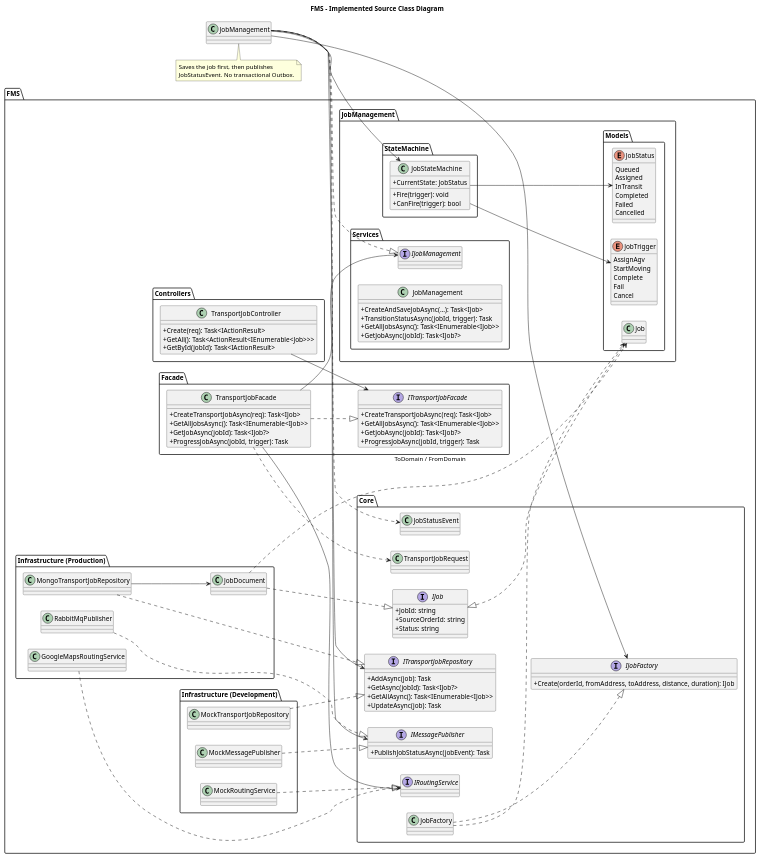
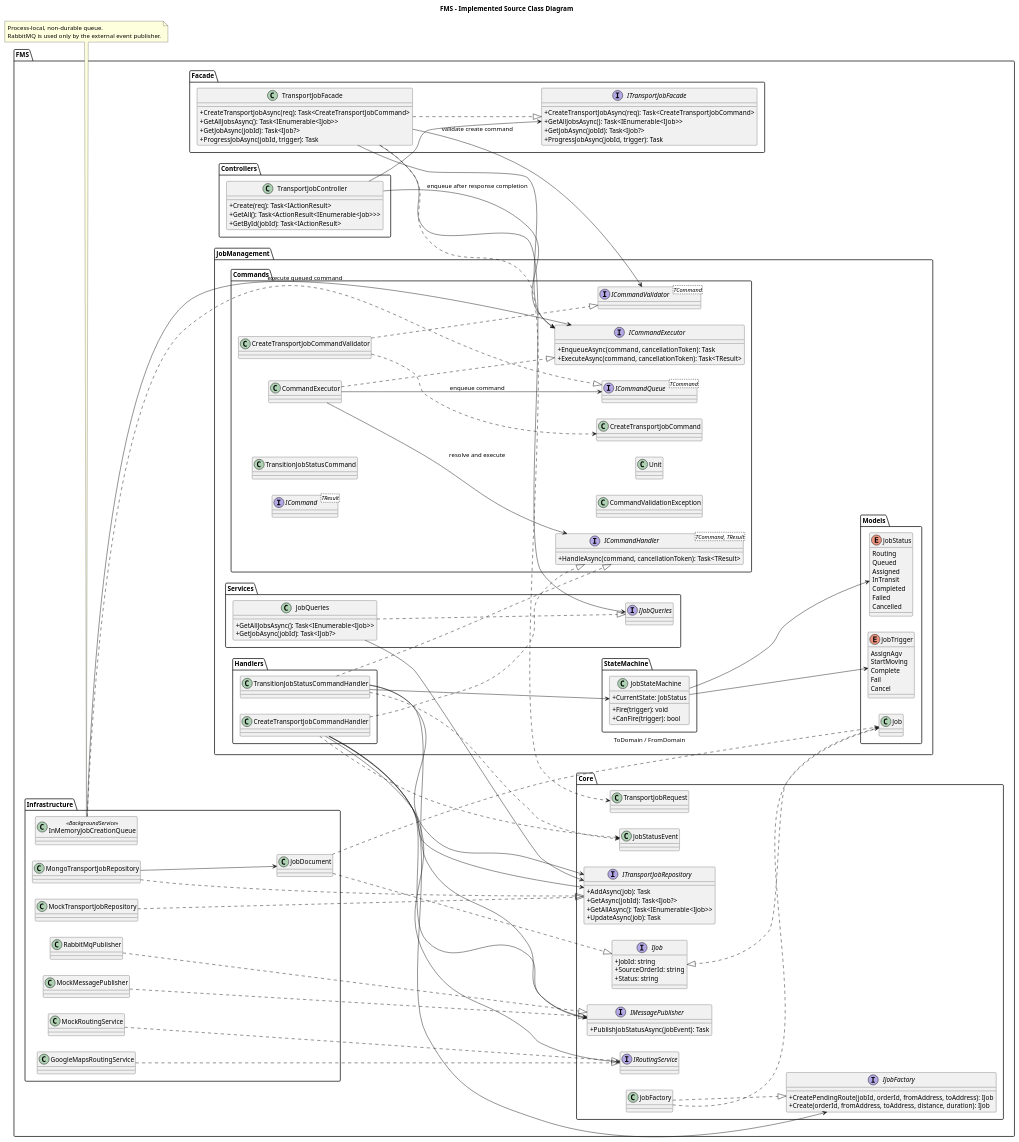
One commit to doradora58/FMS changed the diagram in docs/design/architecture/class-diagram.puml. Above: the diagram before and after it, drawn with PlantUML. The commit also changed 41 other files, not shown here.

```diff
--- a/docs/design/architecture/class-diagram.puml
+++ b/docs/design/architecture/class-diagram.puml
@@ -1,137 +1,175 @@
 @startuml FMS_Current_Class_Diagram
 title FMS - Implemented Source Class Diagram
 left to right direction
 skinparam classAttributeIconSize 0
 
 package "FMS.Controllers" {
   class TransportJobController {
     +Create(req): Task<IActionResult>
     +GetAll(): Task<ActionResult<IEnumerable<Job>>>
     +GetById(jobId): Task<IActionResult>
   }
 }
 
 package "FMS.Facade" {
   interface ITransportJobFacade {
-    +CreateTransportJobAsync(req): Task<IJob>
+    +CreateTransportJobAsync(req): Task<CreateTransportJobCommand>
     +GetAllJobsAsync(): Task<IEnumerable<IJob>>
     +GetJobAsync(jobId): Task<IJob?>
     +ProgressJobAsync(jobId, trigger): Task
   }
   class TransportJobFacade {
-    +CreateTransportJobAsync(req): Task<IJob>
+    +CreateTransportJobAsync(req): Task<CreateTransportJobCommand>
     +GetAllJobsAsync(): Task<IEnumerable<IJob>>
     +GetJobAsync(jobId): Task<IJob?>
     +ProgressJobAsync(jobId, trigger): Task
   }
 }
 
+package "FMS.JobManagement.Commands" {
+  interface ICommand<TResult>
+  interface ICommandHandler<TCommand, TResult> {
+    +HandleAsync(command, cancellationToken): Task<TResult>
+  }
+  interface ICommandExecutor {
+    +EnqueueAsync(command, cancellationToken): Task
+    +ExecuteAsync(command, cancellationToken): Task<TResult>
+  }
+  class CommandExecutor
+  class CreateTransportJobCommand
+  class TransitionJobStatusCommand
+  interface ICommandQueue<TCommand>
+  interface ICommandValidator<TCommand>
+  class CreateTransportJobCommandValidator
+  class CommandValidationException
+  class Unit
+}
+
+package "FMS.JobManagement.Handlers" {
+  class CreateTransportJobCommandHandler
+  class TransitionJobStatusCommandHandler
+}
+
 package "FMS.JobManagement.Services" {
-  interface IJobManagement
-  class JobManagement {
-    +CreateAndSaveJobAsync(...): Task<IJob>
-    +TransitionStatusAsync(jobId, trigger): Task
+  interface IJobQueries
+  class JobQueries {
     +GetAllJobsAsync(): Task<IEnumerable<IJob>>
     +GetJobAsync(jobId): Task<IJob?>
   }
 }
 
 package "FMS.JobManagement.StateMachine" {
   class JobStateMachine {
     +CurrentState: JobStatus
     +Fire(trigger): void
     +CanFire(trigger): bool
   }
 }
 
 package "FMS.JobManagement.Models" {
   class Job
   enum JobStatus {
+    Routing
     Queued
     Assigned
     InTransit
     Completed
     Failed
     Cancelled
   }
   enum JobTrigger {
     AssignAgv
     StartMoving
     Complete
     Fail
     Cancel
   }
 }
 
 package "FMS.Core" {
   interface IJob {
     +JobId: string
     +SourceOrderId: string
     +Status: string
   }
   interface ITransportJobRepository {
     +AddAsync(job): Task
     +GetAsync(jobId): Task<IJob?>
     +GetAllAsync(): Task<IEnumerable<IJob>>
     +UpdateAsync(job): Task
   }
   interface IMessagePublisher {
     +PublishJobStatusAsync(jobEvent): Task
   }
   interface IRoutingService
   interface IJobFactory {
+    +CreatePendingRoute(jobId, orderId, fromAddress, toAddress): IJob
     +Create(orderId, fromAddress, toAddress, distance, duration): IJob
   }
   class TransportJobRequest
   class JobStatusEvent
   class JobFactory
 }
 
-package "FMS.Infrastructure (Production)" {
+package "FMS.Infrastructure" {
+  class InMemoryJobCreationQueue <<BackgroundService>>
   class MongoTransportJobRepository
   class JobDocument
   class RabbitMqPublisher
   class GoogleMapsRoutingService
-}
-
-package "FMS.Infrastructure (Development)" {
   class MockTransportJobRepository
   class MockMessagePublisher
   class MockRoutingService
 }
 
 TransportJobController --> ITransportJobFacade
+TransportJobController --> ICommandExecutor : enqueue after response completion
 TransportJobFacade ..|> ITransportJobFacade
-TransportJobFacade --> IJobManagement
-TransportJobFacade --> IRoutingService
+TransportJobFacade --> ICommandExecutor
+TransportJobFacade --> IJobQueries
+TransportJobFacade --> ICommandValidator : validate create command
 TransportJobFacade ..> TransportJobRequest
 
-JobManagement ..|> IJobManagement
-JobManagement --> ITransportJobRepository
-JobManagement --> IJobFactory
-JobManagement --> IMessagePublisher
-JobManagement --> JobStateMachine
-JobManagement ..> JobStatusEvent
+CommandExecutor ..|> ICommandExecutor
+CommandExecutor --> ICommandHandler : resolve and execute
+CommandExecutor --> ICommandQueue : enqueue command
+CreateTransportJobCommandValidator ..|> ICommandValidator
+CreateTransportJobCommandValidator ..> CreateTransportJobCommand
+CreateTransportJobCommandHandler ..|> ICommandHandler
+CreateTransportJobCommandHandler --> ITransportJobRepository
+CreateTransportJobCommandHandler --> IJobFactory
+CreateTransportJobCommandHandler --> IRoutingService
+CreateTransportJobCommandHandler --> IMessagePublisher
+CreateTransportJobCommandHandler ..> JobStatusEvent
+TransitionJobStatusCommandHandler ..|> ICommandHandler
+TransitionJobStatusCommandHandler --> ITransportJobRepository
+TransitionJobStatusCommandHandler --> IMessagePublisher
+TransitionJobStatusCommandHandler --> JobStateMachine
+TransitionJobStatusCommandHandler ..> JobStatusEvent
+JobQueries ..|> IJobQueries
+JobQueries --> ITransportJobRepository
 
 JobStateMachine --> JobStatus
 JobStateMachine --> JobTrigger
 JobFactory ..|> IJobFactory
 JobFactory ..> Job
 Job ..|> IJob
 JobDocument ..|> IJob
 JobDocument ..> Job : ToDomain / FromDomain
 
 MongoTransportJobRepository ..|> ITransportJobRepository
 MongoTransportJobRepository --> JobDocument
 RabbitMqPublisher ..|> IMessagePublisher
 GoogleMapsRoutingService ..|> IRoutingService
 
 MockTransportJobRepository ..|> ITransportJobRepository
 MockMessagePublisher ..|> IMessagePublisher
 MockRoutingService ..|> IRoutingService
+InMemoryJobCreationQueue ..|> ICommandQueue
+InMemoryJobCreationQueue --> ICommandExecutor : execute queued command
 
-note bottom of JobManagement
-  Saves the job first, then publishes
-  JobStatusEvent. No transactional Outbox.
+note bottom of InMemoryJobCreationQueue
+  Process-local, non-durable queue.
+  RabbitMQ is used only by the external event publisher.
 end note
 @enduml
```
